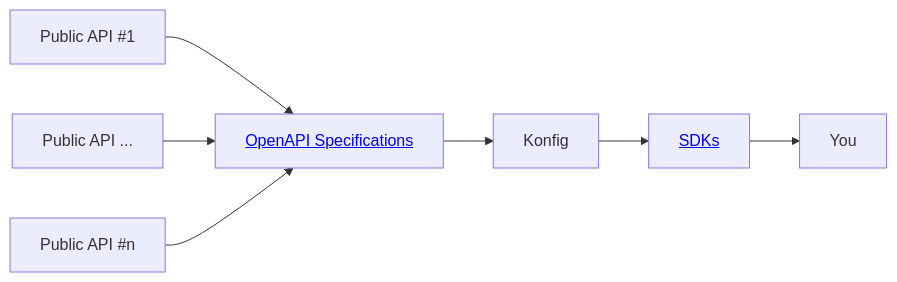
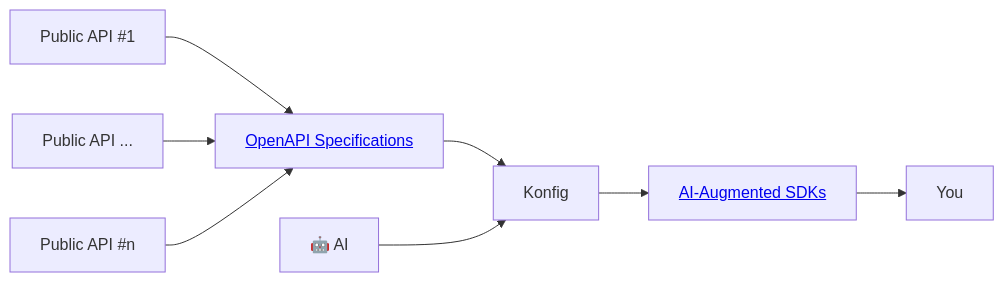
Before and after one commit to taneron/konfig: the diagram in generator/konfig-docs/src/pages/sdk/index.mdx, drawn with Mermaid. The commit also changed other lines of this file and 3 other files, not shown here.

````diff
--- a/generator/konfig-docs/src/pages/sdk/index.mdx
+++ b/generator/konfig-docs/src/pages/sdk/index.mdx
@@ -38,9 +40,10 @@
 ```mermaid
 graph LR
     PA[Public API #1] --> A
     PAX[Public API ...] --> A
     PAN[Public API #n] --> A
     A[<a target='_blank' href='https://github.com/konfig-sdks/openapi-examples'>OpenAPI Specifications</a>] --> Konfig
+    AI[🤖 AI] --> Konfig
     Konfig --> SDKs
-    SDKs[<a target='_blank' href='/sdk/category/all'>SDKs</a>] --> You
+    SDKs[<a target='_blank' href='/sdk/category/all'>AI-Augmented SDKs</a>] --> You
 ```
````
